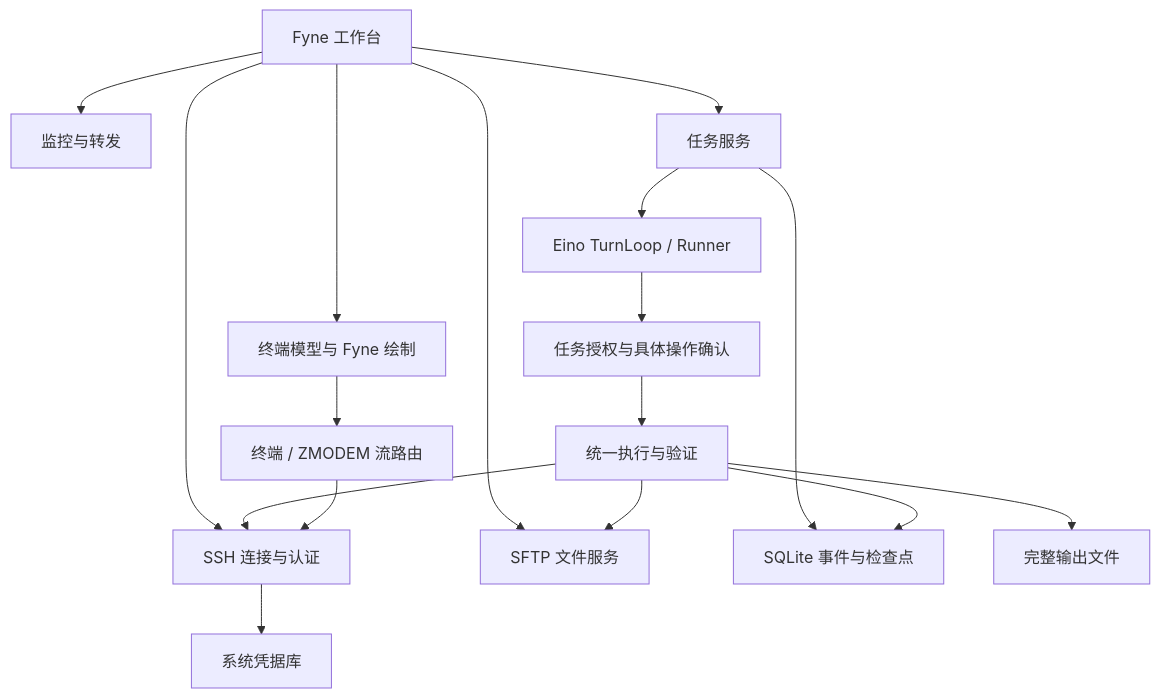
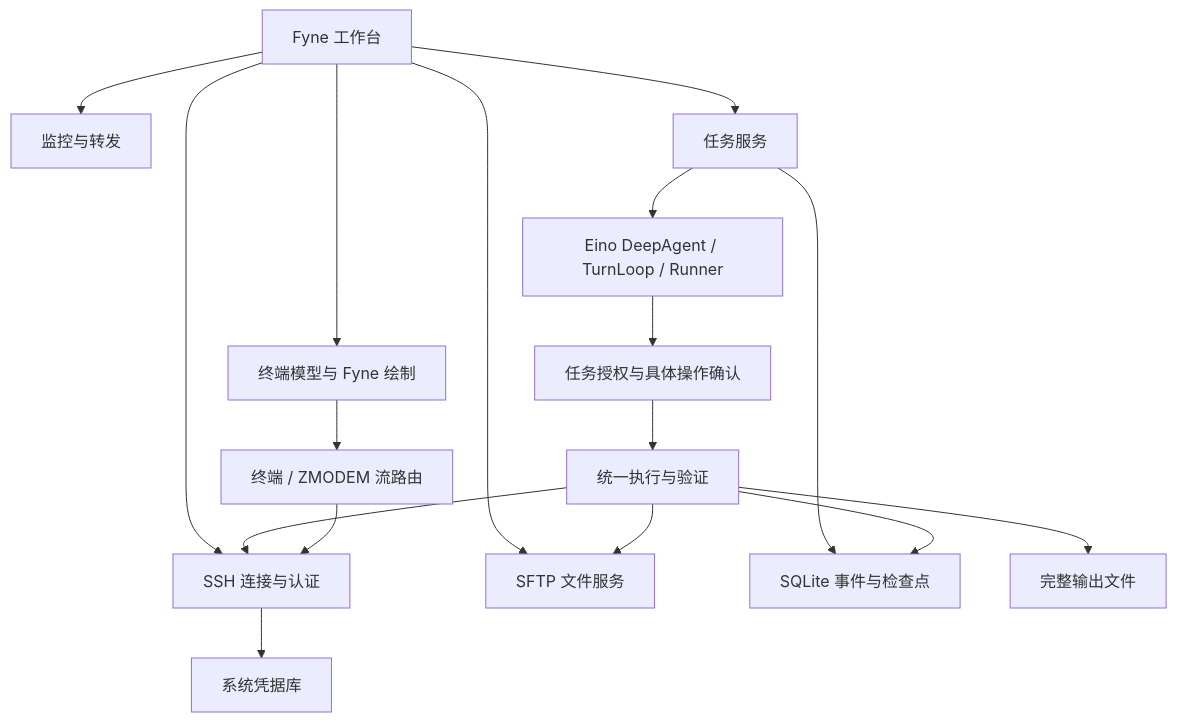
Before and after one commit to GHOSTEDDIE/NexShell: the diagram in docs/architecture.md, drawn with Mermaid. The commit also changed other lines of this file and 97 other files, not shown here.

Commit message:
升级 DeepAgent 运维助手并完善运行时隔离

````diff
--- a/docs/architecture.md
+++ b/docs/architecture.md
@@ -15,19 +15,19 @@
 ```mermaid
 flowchart TD
     UI[Fyne 工作台] --> SSH[SSH 连接与认证]
     UI --> Files[SFTP 文件服务]
     UI --> Monitor[监控与转发]
     UI --> Tasks[任务服务]
-    Tasks --> Eino[Eino TurnLoop / Runner]
+    Tasks --> Eino[Eino DeepAgent / TurnLoop / Runner]
     Eino --> Policy[任务授权与具体操作确认]
     Policy --> Executor[统一执行与验证]
     Executor --> SSH
     Executor --> Files
     Tasks --> Store[SQLite 事件与检查点]
     Executor --> Store
     Executor --> Artifacts[完整输出文件]
     SSH --> Vault[系统凭据库]
     UI --> VT[终端模型与 Fyne 绘制]
     VT --> Router[终端 / ZMODEM 流路由]
     Router --> SSH
 ```
````
